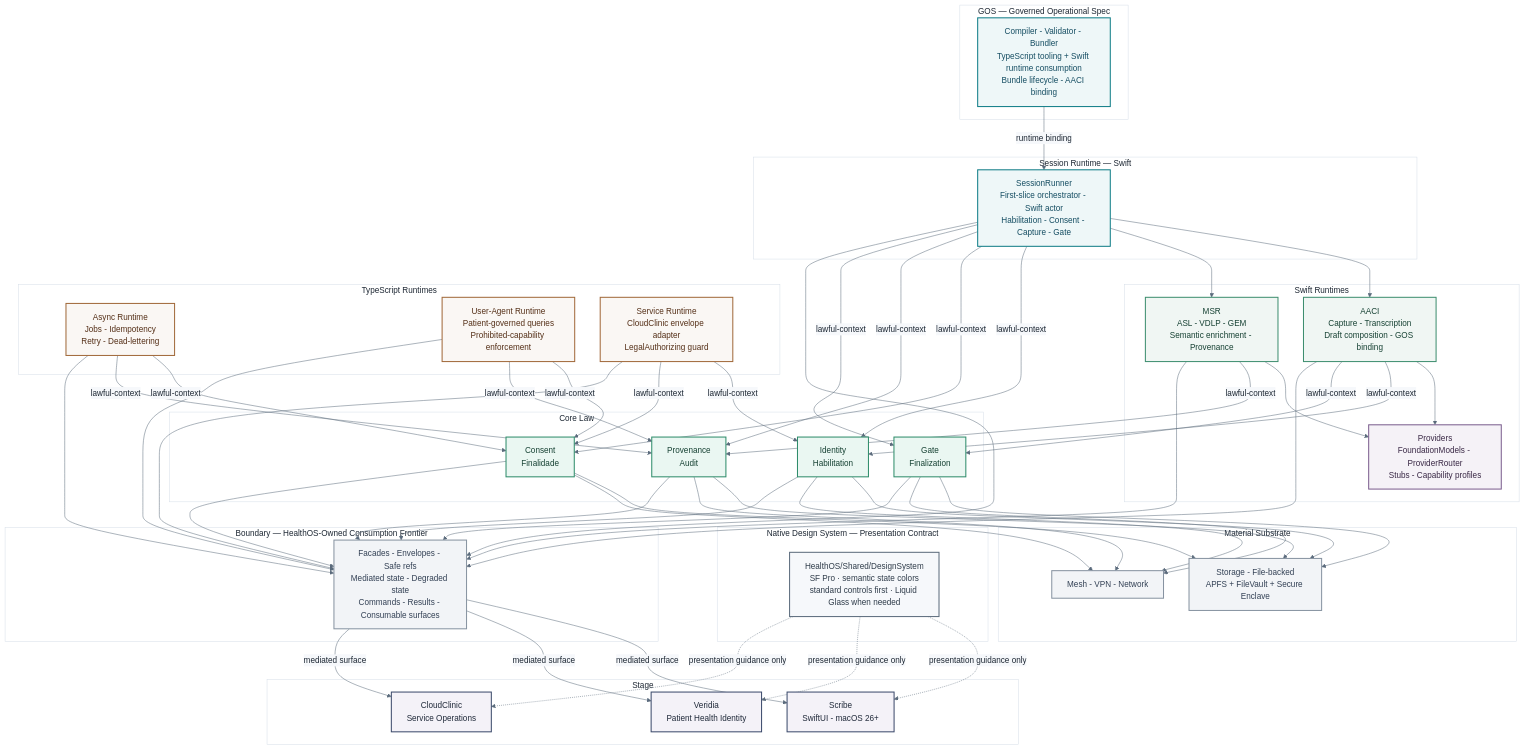
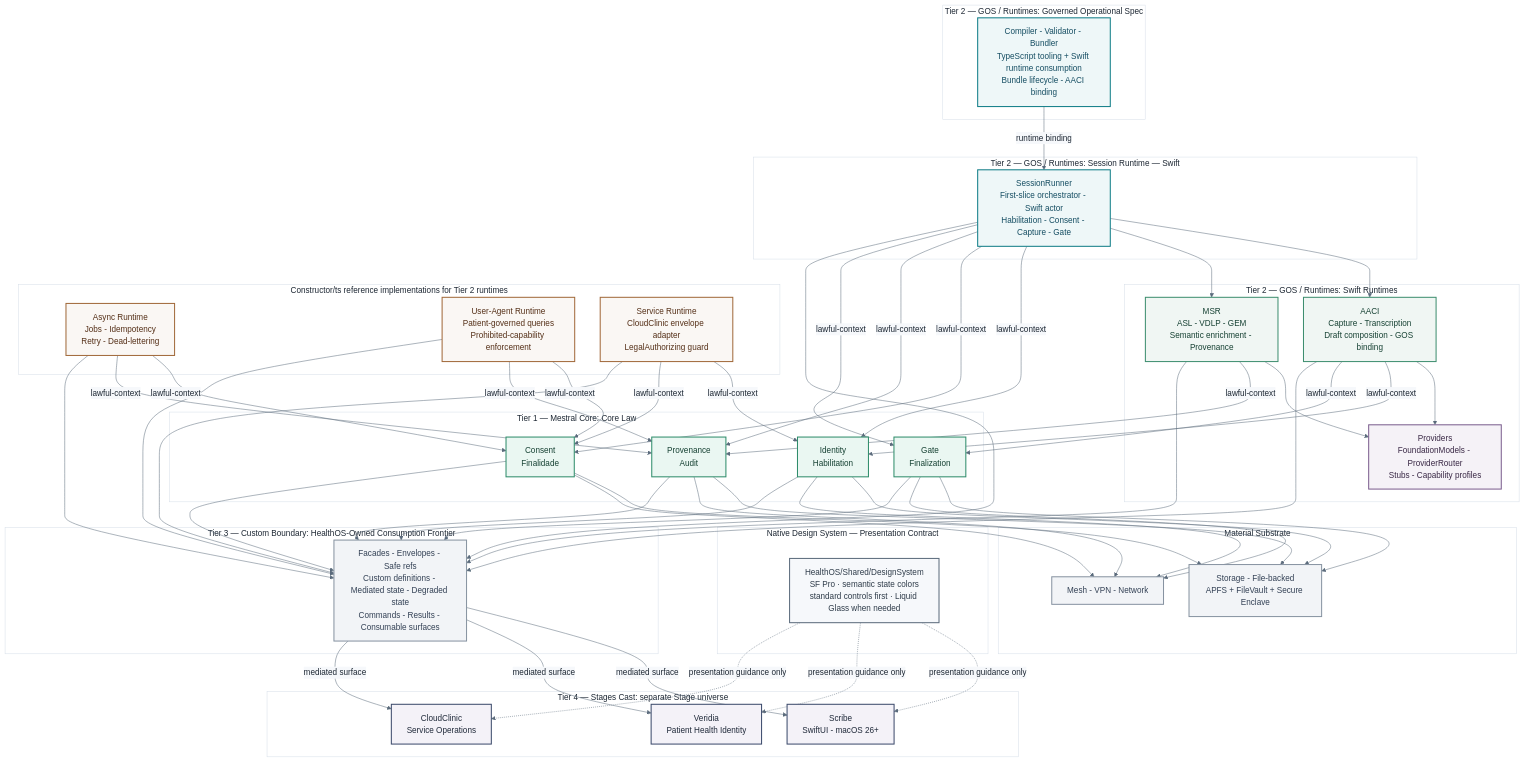
One commit to myselfgus/HealthOScaffold changed the second of 12 diagrams in README.md. Above: the diagram before and after it, drawn with Mermaid. The commit also changed other lines of this file and 1 other file, not shown here.

First line of the commit message:
Align README diagrams with tier hierarchy

```diff
--- a/README.md
+++ b/README.md
@@ -109,7 +129,7 @@
     classDef core     fill:#EAF7F2,stroke:#2E8C6A,stroke-width:2px,color:#174234
     classDef substrate fill:#F2F4F7,stroke:#8793A1,stroke-width:2px,color:#334155
 
-    subgraph STAGE_L["  Stage  "]
+    subgraph STAGE_L["  Tier 4 — Stages Cast: separate Stage universe  "]
         SC[Scribe\nSwiftUI - macOS 26+]
         SO[Veridia\nPatient Health Identity]
         CC[CloudClinic\nService Operations]
@@ -119,31 +139,31 @@
         DS[HealthOS/Shared/DesignSystem\nSF Pro · semantic state colors\nstandard controls first · Liquid Glass when needed]
     end
 
-    subgraph GOS_L["  GOS — Governed Operational Spec  "]
+    subgraph GOS_L["  Tier 2 — GOS / Runtimes: Governed Operational Spec  "]
         GOS[Compiler - Validator - Bundler\nTypeScript tooling + Swift runtime consumption\nBundle lifecycle - AACI binding]
     end
 
-    subgraph BOUND_L["  Boundary — HealthOS-Owned Consumption Frontier  "]
-        BND[Facades - Envelopes - Safe refs\nMediated state - Degraded state\nCommands - Results - Consumable surfaces]
+    subgraph BOUND_L["  Tier 3 — Custom Boundary: HealthOS-Owned Consumption Frontier  "]
+        BND[Facades - Envelopes - Safe refs\nCustom definitions - Mediated state - Degraded state\nCommands - Results - Consumable surfaces]
     end
 
-    subgraph SRT_L["  Session Runtime — Swift  "]
+    subgraph SRT_L["  Tier 2 — GOS / Runtimes: Session Runtime — Swift  "]
         SR[SessionRunner\nFirst-slice orchestrator - Swift actor\nHabilitation - Consent - Capture - Gate]
     end
 
-    subgraph SWIFT_L["  Swift Runtimes  "]
+    subgraph SWIFT_L["  Tier 2 — GOS / Runtimes: Swift Runtimes  "]
         AACI[AACI\nCapture - Transcription\nDraft composition - GOS binding]
         MSR[MSR\nASL - VDLP - GEM\nSemantic enrichment - Provenance]
         PROV[Providers\nFoundationModels - ProviderRouter\nStubs - Capability profiles]
     end
 
-    subgraph TS_L["  TypeScript Runtimes  "]
+    subgraph TS_L["  Constructor/ts reference implementations for Tier 2 runtimes  "]
         ASYNC[Async Runtime\nJobs - Idempotency\nRetry - Dead-lettering]
         UA[User-Agent Runtime\nPatient-governed queries\nProhibited-capability enforcement]
         SVC[Service Runtime\nCloudClinic envelope adapter\nLegalAuthorizing guard]
     end
 
-    subgraph CORE_L["  Core Law  "]
+    subgraph CORE_L["  Tier 1 — Mestral Core: Core Law  "]
         ID[Identity\nHabilitation]
         CO[Consent\nFinalidade]
         PR[Provenance\nAudit]
```
